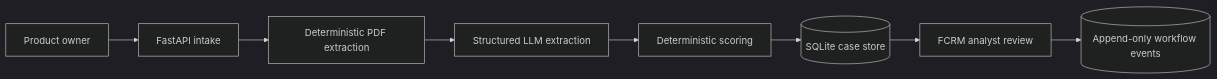
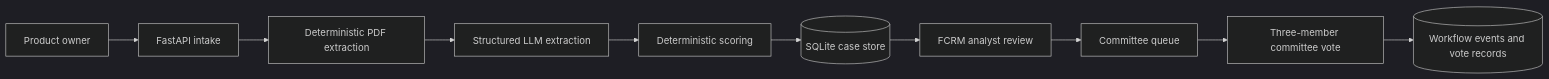
One commit to ebtenorio-myridius/geniushack3 changed the diagram in docs/architecture/overview.md. Above: the diagram before and after it, drawn with Mermaid (dark theme). The commit also changed other lines of this file and 13 other files, not shown here.

````diff
--- a/docs/architecture/overview.md
+++ b/docs/architecture/overview.md
@@ -3,10 +3,12 @@
 ```mermaid
 flowchart LR
     PO[Product owner] --> API[FastAPI intake]
     API --> PDF[Deterministic PDF extraction]
     PDF --> LLM[Structured LLM extraction]
     LLM --> SCORE[Deterministic scoring]
     SCORE --> STORE[(SQLite case store)]
     STORE --> ANALYST[FCRM analyst review]
-    ANALYST --> AUDIT[(Append-only workflow events)]
+    ANALYST --> QUEUE[Committee queue]
+    QUEUE --> COMMITTEE[Three-member committee vote]
+    COMMITTEE --> AUDIT[(Workflow events and vote records)]
 ```
````
